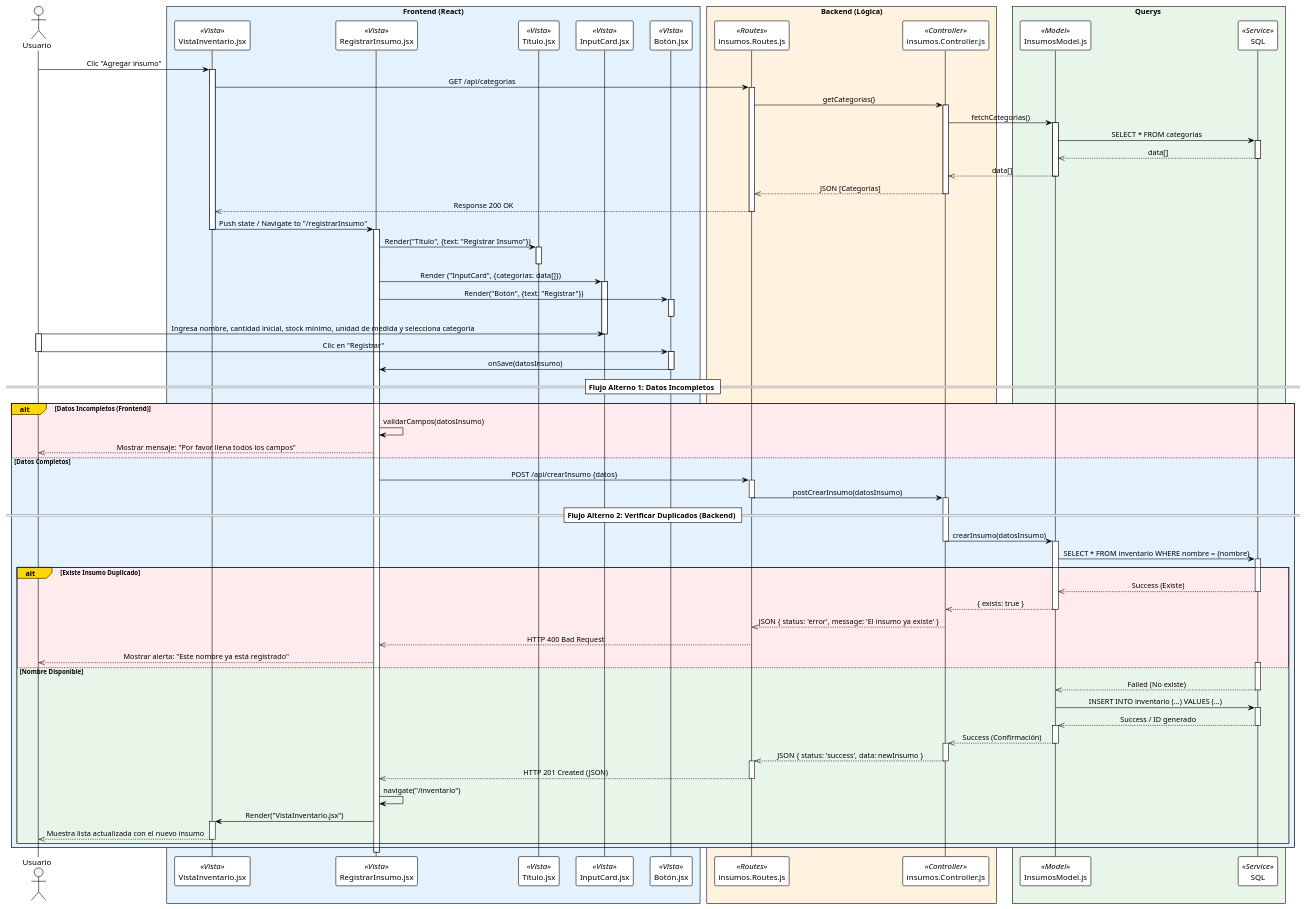
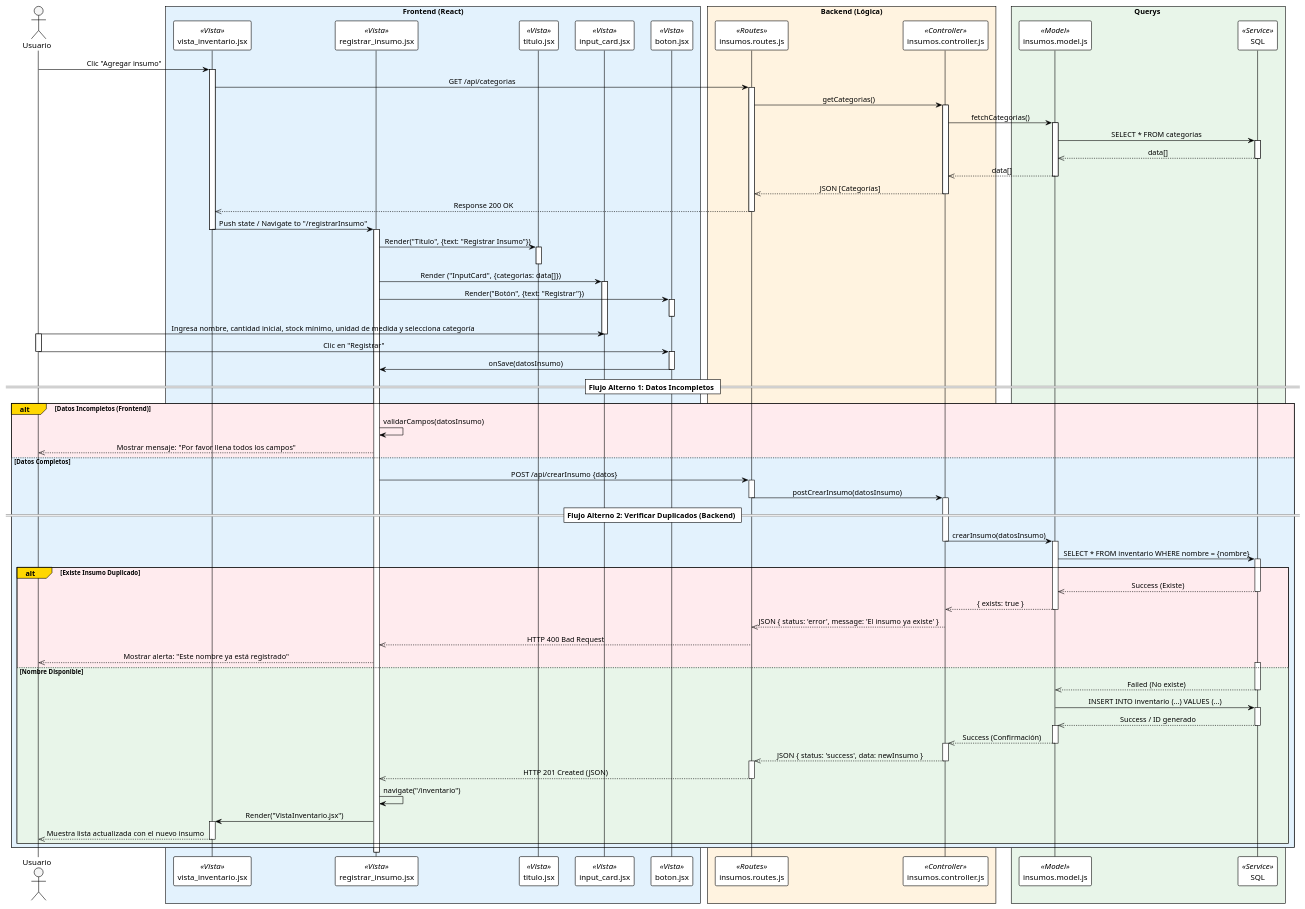
One commit to AztlanConsulting/Fungivora-Dev changed the diagram in diagramas/IN-16.pu. Above: the diagram before and after it, drawn with PlantUML.

Commit message:
[FIX](diagramas) Nombres de archivos

```diff
--- a/diagramas/IN-16.pu
+++ b/diagramas/IN-16.pu
@@ -1,129 +1,129 @@
 @startuml Crear insumo
 !theme plain
 skinparam sequenceMessageAlign center
 skinparam shadowing false
 
 actor "Usuario" as User #F5F5F5
 
 box "Frontend (React)" #E3F2FD
-    participant "VistaInventario.jsx" as Page0 <<Vista>>
-    participant "RegistrarInsumo.jsx" as Page <<Vista>>
-    participant "Título.jsx" as Txt <<Vista>>
-    participant "InputCard.jsx" as Card <<Vista>>
-    participant "Botón.jsx" as Btn <<Vista>>
+    participant "vista_inventario.jsx" as Page0 <<Vista>>
+    participant "registrar_insumo.jsx" as Page <<Vista>>
+    participant "titulo.jsx" as Txt <<Vista>>
+    participant "input_card.jsx" as Card <<Vista>>
+    participant "boton.jsx" as Btn <<Vista>>
 end box
 
 box "Backend (Lógica)" #FFF3E0
-    participant "insumos.Routes.js" as Rts <<Routes>>
-    participant "insumos.Controller.js" as Ctrl <<Controller>>
+    participant "insumos.routes.js" as Rts <<Routes>>
+    participant "insumos.controller.js" as Ctrl <<Controller>>
 end box
 
 box Querys #E8F5E9
-    participant "InsumosModel.js" as Ml <<Model>>
+    participant "insumos.model.js" as Ml <<Model>>
     participant "SQL" as DB <<Service>>
 end box
 
 User -> Page0 : Clic "Agregar insumo"
 activate Page0
 
 ' React pide los datos al API
 Page0 -> Rts : GET /api/categorias
 activate Rts
 Rts -> Ctrl : getCategorias()
 activate Ctrl
 Ctrl -> Ml : fetchCategorias()
 activate Ml
 Ml -> DB : SELECT * FROM categorias
 activate DB
 DB -->> Ml : data[]
 deactivate DB
 Ml -->> Ctrl : data[]
 deactivate Ml
 Ctrl -->> Rts : JSON [Categorías]
 deactivate Ctrl
 Rts -->> Page0 : Response 200 OK
 deactivate Rts
 
 ' React cambia de página internamente
 Page0 -> Page : Push state / Navigate to "/registrarInsumo"
 deactivate Page0
 activate Page
 
 ' La página "pinta" a sus hijos pasándoles las categorías por Props
 Page -> Txt : Render("Titulo", {text: "Registrar Insumo"})
 activate Txt
 deactivate Txt
 
 Page -> Card : Render ("InputCard", {categorias: data[]}) 
 activate Card
 Page -> Btn : Render("Botón", {text: "Registrar"})
 activate Btn
 deactivate Btn
 
 User -> Card : Ingresa nombre, cantidad inicial, stock mínimo, unidad de medida y selecciona categoría
 deactivate Card
 activate User
 User -> Btn : Clic en "Registrar"
 deactivate User
 activate Btn
 Btn -> Page : onSave(datosInsumo)
 deactivate Btn
 == Flujo Alterno 1: Datos Incompletos ==
 
 alt#Gold #FFEBEE Datos Incompletos (Frontend)
     Page -> Page : validarCampos(datosInsumo)
     Page -->> User : Mostrar mensaje: "Por favor llena todos los campos"
 else #E3F2FD Datos Completos
     Page -> Rts : POST /api/crearInsumo {datos}
     activate Rts
     Rts -> Ctrl : postCrearInsumo(datosInsumo)
     deactivate Rts
     activate Ctrl
 
     == Flujo Alterno 2: Verificar Duplicados (Backend) ==    
     Ctrl -> Ml : crearInsumo(datosInsumo)
     deactivate Ctrl
     
         activate Ml
         Ml -> DB : SELECT * FROM inventario WHERE nombre = {nombre}
         alt#Gold #FFEBEE Existe Insumo Duplicado
         activate DB
         DB -->> Ml : Success (Existe)
         deactivate DB
 
         Ml -->> Ctrl : { exists: true }
         deactivate Ml
         Ctrl -->> Rts : JSON { status: 'error', message: 'El insumo ya existe' }
         Rts -->> Page : HTTP 400 Bad Request
         Page -->> User : Mostrar alerta: "Este nombre ya está registrado"
     else #E8F5E9 Nombre Disponible
         activate DB
         DB -->> Ml : Failed (No existe)
         deactivate DB
         Ml -> DB : INSERT INTO inventario (...) VALUES (...)
         activate DB
         DB -->> Ml : Success / ID generado
         deactivate DB
         activate Ml
         Ml -->> Ctrl : Success (Confirmación)
         deactivate Ml
 
         activate Ctrl
         Ctrl -->> Rts : JSON { status: 'success', data: newInsumo }
         deactivate Ctrl
 
         activate Rts
         Rts -->> Page : HTTP 201 Created (JSON)
         deactivate Rts
 
 
         Page -> Page : navigate("/inventario")
         Page -> Page0 : Render("VistaInventario.jsx")
 
         activate Page0
 
         Page0 -->> User : Muestra lista actualizada con el nuevo insumo 
         deactivate Page0
     end
 end
 @enduml
```
